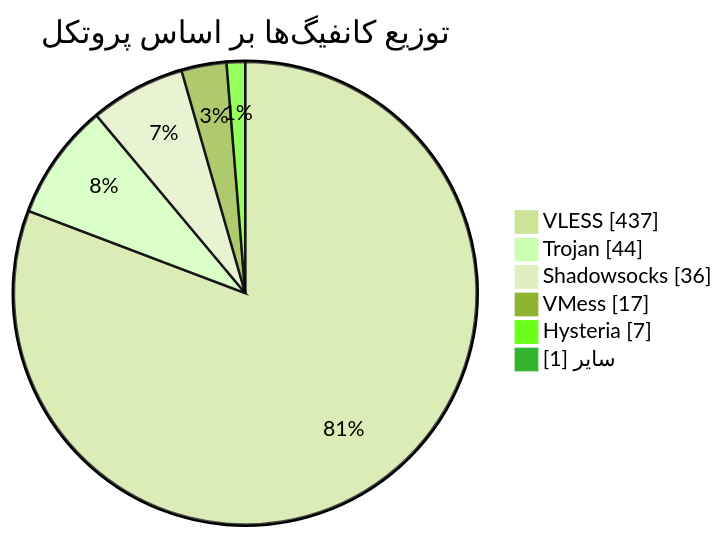
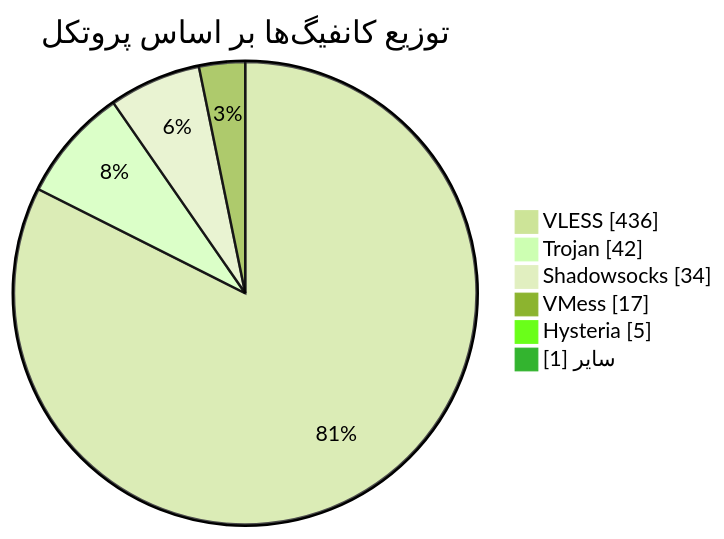
One commit to Arian-Alijani/Somthing changed the diagram in README.md. Above: the diagram before and after it, drawn with Mermaid (forest theme). The commit also changed other lines of this file and 81 other files, not shown here.

````diff
--- a/README.md
+++ b/README.md
@@ -48,10 +48,10 @@
 ```mermaid
 pie showData
     title توزیع کانفیگ‌ها بر اساس پروتکل
-    "VLESS" : 437
-    "Trojan" : 44
-    "Shadowsocks" : 36
+    "VLESS" : 436
+    "Trojan" : 42
+    "Shadowsocks" : 34
     "VMess" : 17
-    "Hysteria" : 7
+    "Hysteria" : 5
     "سایر" : 1
 ```
````
